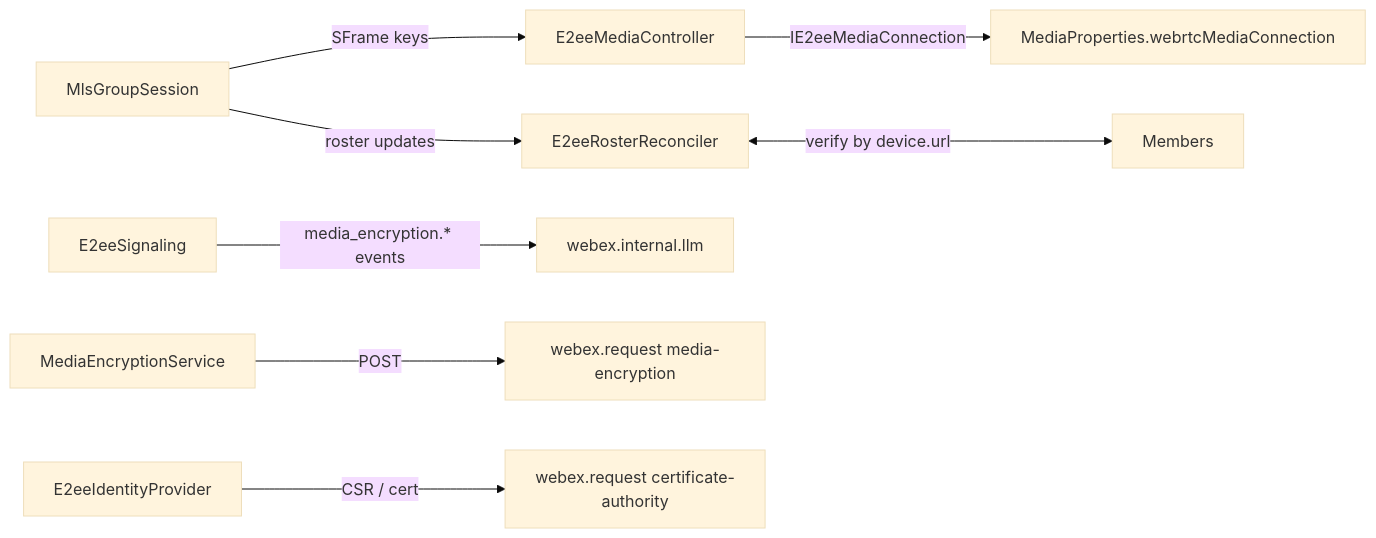
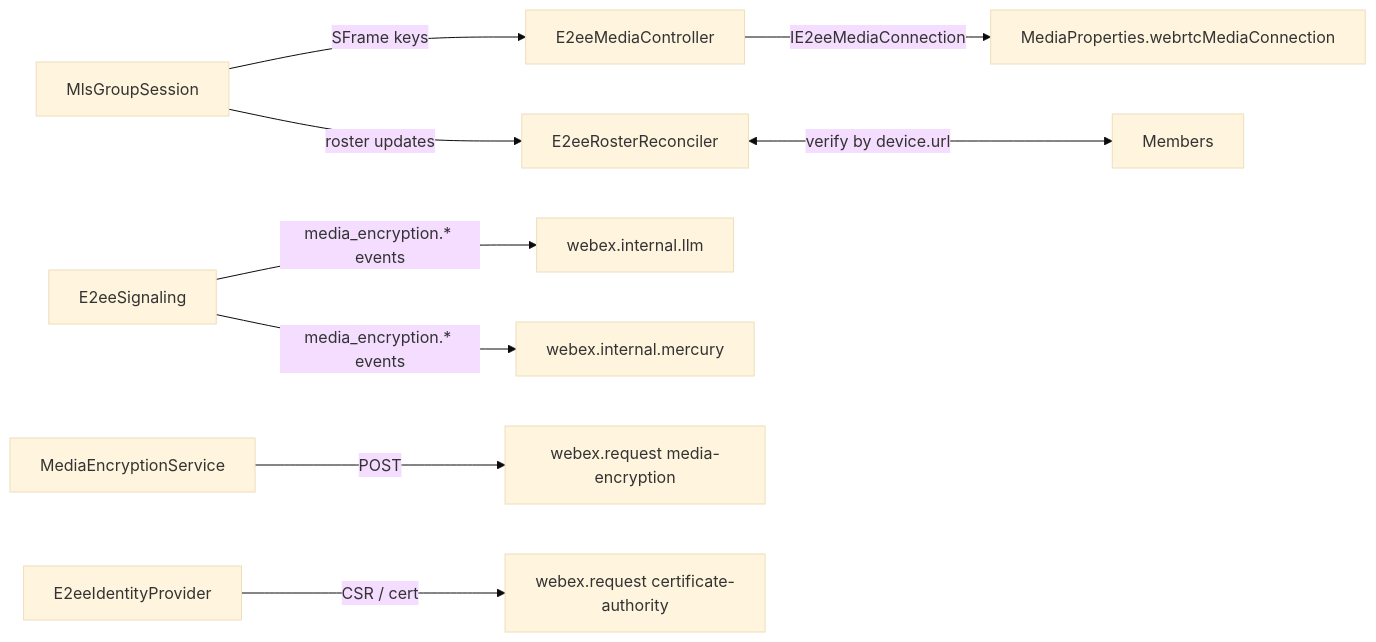
One commit to webex/webex-js-sdk changed the third of 3 diagrams in packages/@webex/plugin-meetings/src/e2ee/DESIGN.md. Above: the diagram before and after it, drawn with Mermaid (base theme). The commit also changed other lines of this file and 8 other files, not shown here.

Commit message:
fix: added handling of mercury events

````diff
--- a/packages/@webex/plugin-meetings/src/e2ee/DESIGN.md
+++ b/packages/@webex/plugin-meetings/src/e2ee/DESIGN.md
@@ -100,11 +100,12 @@
 ```mermaid
 graph LR
     MLS[MlsGroupSession] -->|SFrame keys| MediaCtl[E2eeMediaController]
     MediaCtl -->|IE2eeMediaConnection| MediaProps[MediaProperties.webrtcMediaConnection]
     MLS -->|roster updates| Recon[E2eeRosterReconciler]
     Recon <-->|verify by device.url| Members
 
     Sig[E2eeSignaling] -->|media_encryption.* events| LLM[webex.internal.llm]
+    Sig -->|media_encryption.* events| Mercury[webex.internal.mercury]
     Svc[MediaEncryptionService] -->|POST| MES[webex.request media-encryption]
     Ident[E2eeIdentityProvider] -->|CSR / cert| CA[webex.request certificate-authority]
 ```
````
